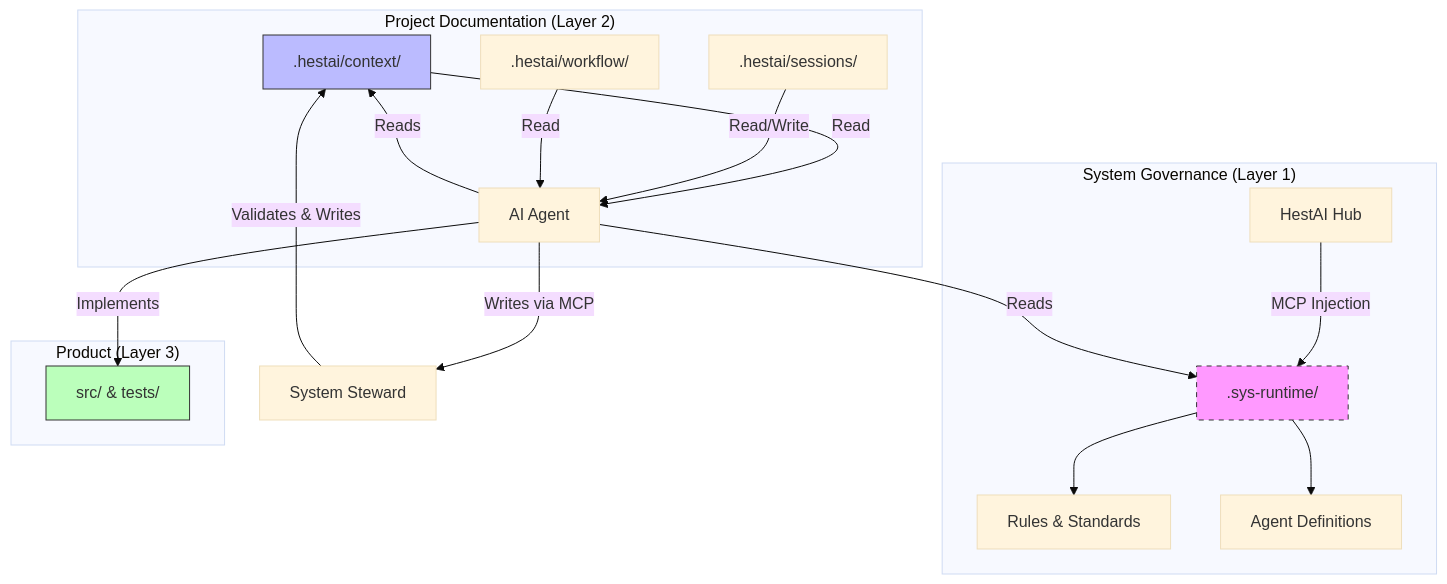
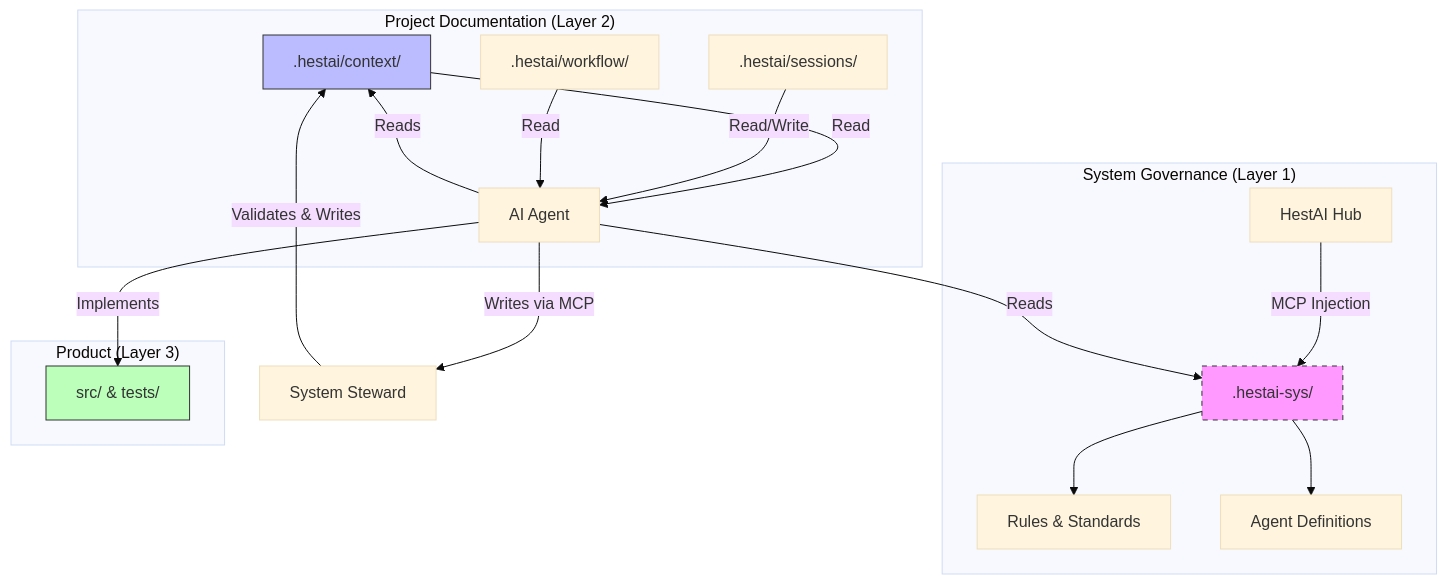
Before and after one commit to elevanaltd/HestAI-MCP: the diagram in docs/ARCHITECTURE.md, drawn with Mermaid (base theme). The commit also changed other lines of this file and 13 other files, not shown here.

Commit message:
chore: rename .sys-runtime to .hestai-sys

````diff
--- a/docs/ARCHITECTURE.md
+++ b/docs/ARCHITECTURE.md
@@ -17,28 +17,28 @@
 ```mermaid
 graph TD
     subgraph "System Governance (Layer 1)"
-        Hub[HestAI Hub] -->|MCP Injection| Runtime[.sys-runtime/]
+        Hub[HestAI Hub] -->|MCP Injection| Runtime[.hestai-sys/]
         Runtime --> Rules[Rules & Standards]
         Runtime --> Agents[Agent Definitions]
         style Runtime fill:#f9f,stroke:#333,stroke-dasharray: 5 5
     end
 
     subgraph "Project Documentation (Layer 2)"
         Context[.hestai/context/] -->|Read| Agent
         Sessions[.hestai/sessions/] -->|Read/Write| Agent
         Workflow[.hestai/workflow/] -->|Read| Agent
         style Context fill:#bbf,stroke:#333
     end
 
     subgraph "Product (Layer 3)"
         Code[src/ & tests/]
         style Code fill:#bfb,stroke:#333
     end
 
     Agent[AI Agent] -->|Reads| Runtime
     Agent -->|Reads| Context
     Agent -->|Writes via MCP| SystemSteward[System Steward]
     SystemSteward -->|Validates & Writes| Context
 
     Agent -->|Implements| Code
 ```
````
